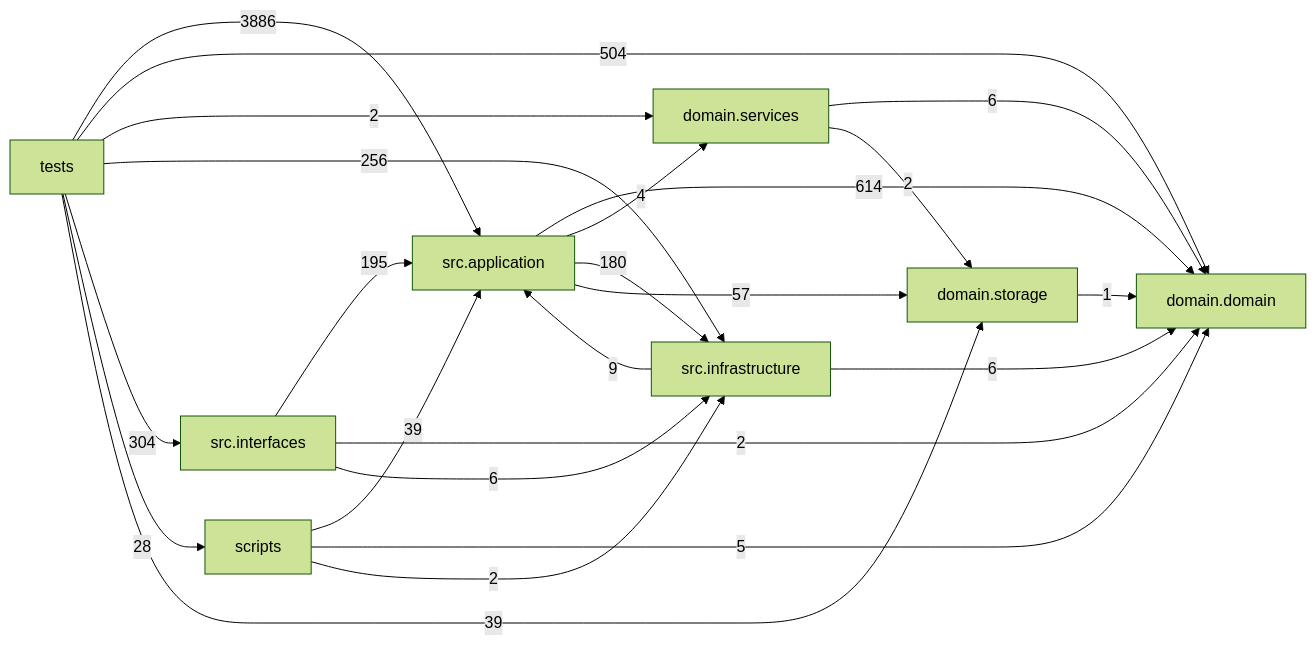
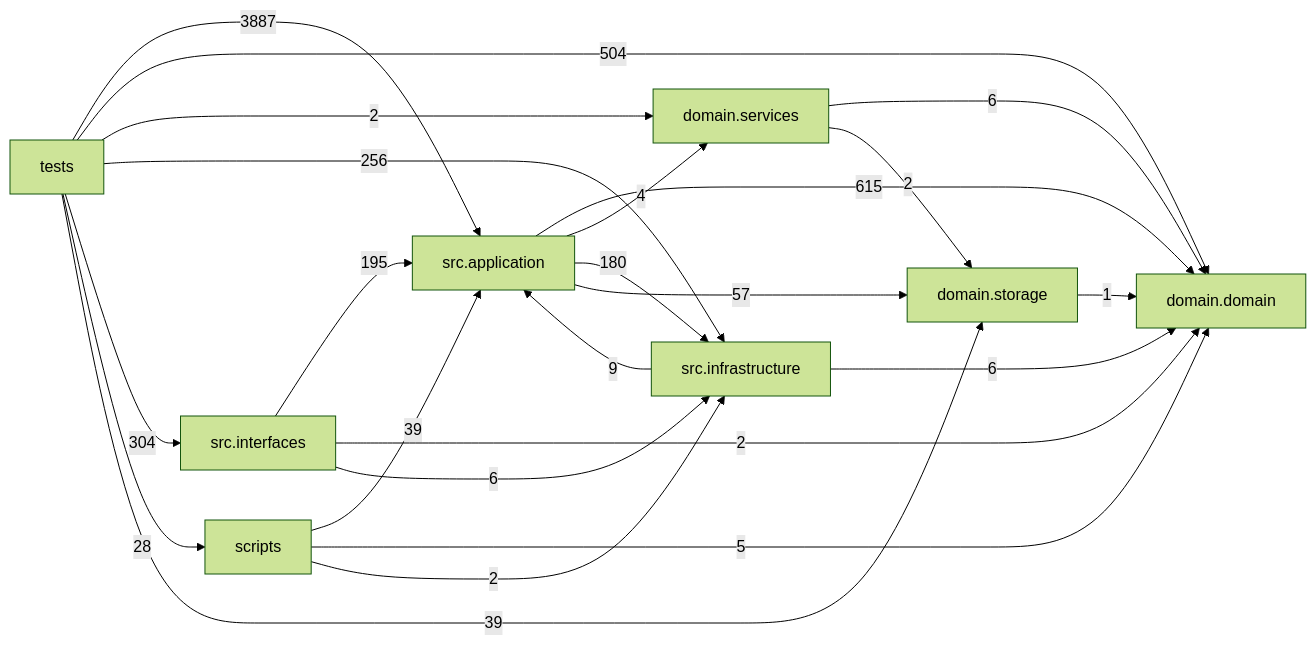
Before and after one commit to liuxie066/options-monitor: the diagram in docs/DEPENDENCY_GRAPH.md, drawn with Mermaid (forest theme). The commit also changed other lines of this file and 10 other files, not shown here.

````diff
--- a/docs/DEPENDENCY_GRAPH.md
+++ b/docs/DEPENDENCY_GRAPH.md
@@ -24,33 +24,33 @@
 ```mermaid
 flowchart LR
   tests["tests"]
   scripts["scripts"]
   interfaces["src.interfaces"]
   application["src.application"]
   infrastructure["src.infrastructure"]
   domain_services["domain.services"]
   domain["domain.domain"]
   storage["domain.storage"]
-  application -->|614| domain
+  application -->|615| domain
   application -->|4| domain_services
   application -->|180| infrastructure
   application -->|57| storage
   domain_services -->|6| domain
   domain_services -->|2| storage
   infrastructure -->|9| application
   infrastructure -->|6| domain
   interfaces -->|195| application
   interfaces -->|2| domain
   interfaces -->|6| infrastructure
   scripts -->|39| application
   scripts -->|5| domain
   scripts -->|2| infrastructure
   storage -->|1| domain
-  tests -->|3886| application
+  tests -->|3887| application
   tests -->|504| domain
   tests -->|2| domain_services
   tests -->|256| infrastructure
   tests -->|304| interfaces
   tests -->|28| scripts
   tests -->|39| storage
 ```
````
